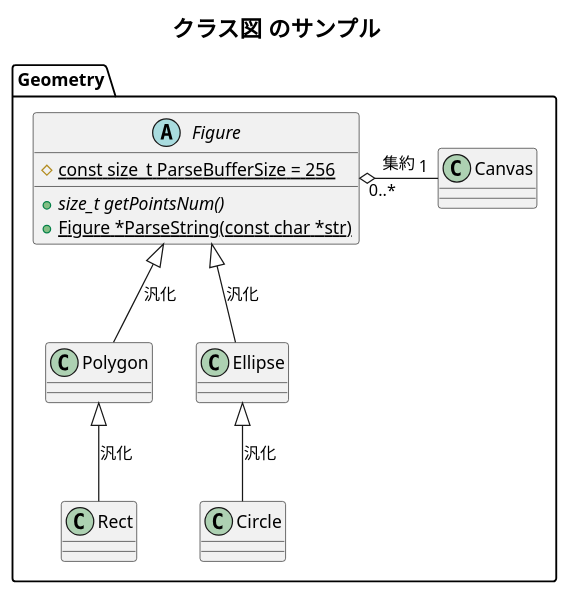
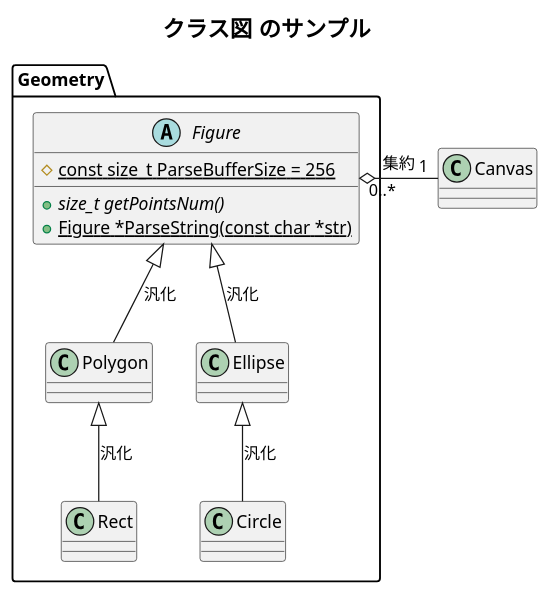
One commit to azarasi/memo changed the diagram in src_doc/images/sample.puml. Above: the diagram before and after it, drawn with PlantUML. The commit also changed 2 other files, not shown here.

```diff
--- a/src_doc/images/sample.puml
+++ b/src_doc/images/sample.puml
@@ -1,22 +1,23 @@
 @startuml{plantuml_class_sample.svg}
 title <size:18> クラス図 のサンプル </size>
 skinparam {
   defaultFontName "Migu 1M"
 }
+class Canvas
+
 package Geometry {
-class Canvas
 abstract Figure {
     #{static} const size_t ParseBufferSize = 256
     +{abstract} size_t getPointsNum()
     +{static} Figure *ParseString(const char *str)
 }
 
 Figure "0..*" o- "1" Canvas : 集約
 
 Polygon <|-- Rect : 汎化
 Figure <|-- Polygon : 汎化
 Figure <|-- Ellipse : 汎化
 Ellipse <|-- Circle : 汎化
 }
 
 @enduml
```
